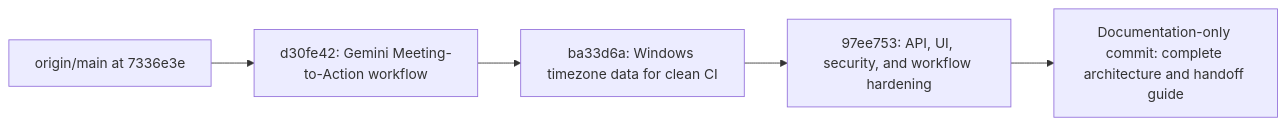
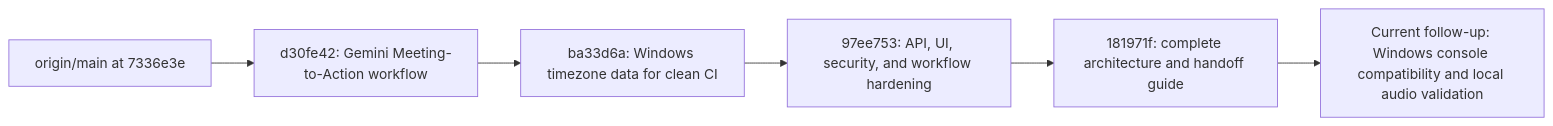
One commit to Preethamreddy29/Meeting-AI changed the fourth of 4 diagrams in docs/complete-implementation-guide.md. Above: the diagram before and after it, drawn with Mermaid. The commit also changed other lines of this file and 3 other files, not shown here.

Commit message:
fix: make Windows console output resilient

````diff
--- a/docs/complete-implementation-guide.md
+++ b/docs/complete-implementation-guide.md
@@ -454,10 +454,11 @@
 ```mermaid
 flowchart LR
     main["origin/main at 7336e3e"]
     implementation["d30fe42: Gemini Meeting-to-Action workflow"]
     windowsFix["ba33d6a: Windows timezone data for clean CI"]
     hardening["97ee753: API, UI, security, and workflow hardening"]
-    documentation["Documentation-only commit: complete architecture and handoff guide"]
+    documentation["181971f: complete architecture and handoff guide"]
+    consoleFix["Current follow-up: Windows console compatibility and local audio validation"]
 
-    main --> implementation --> windowsFix --> hardening --> documentation
+    main --> implementation --> windowsFix --> hardening --> documentation --> consoleFix
 ```
````
